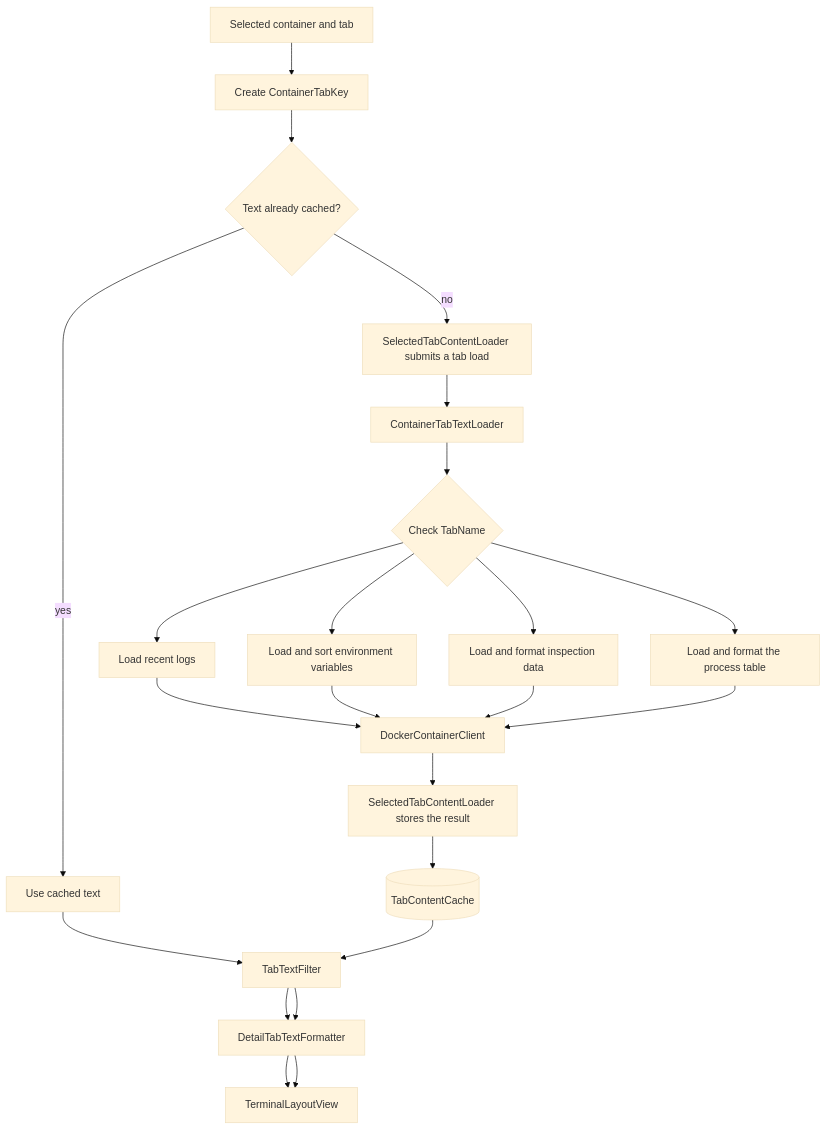
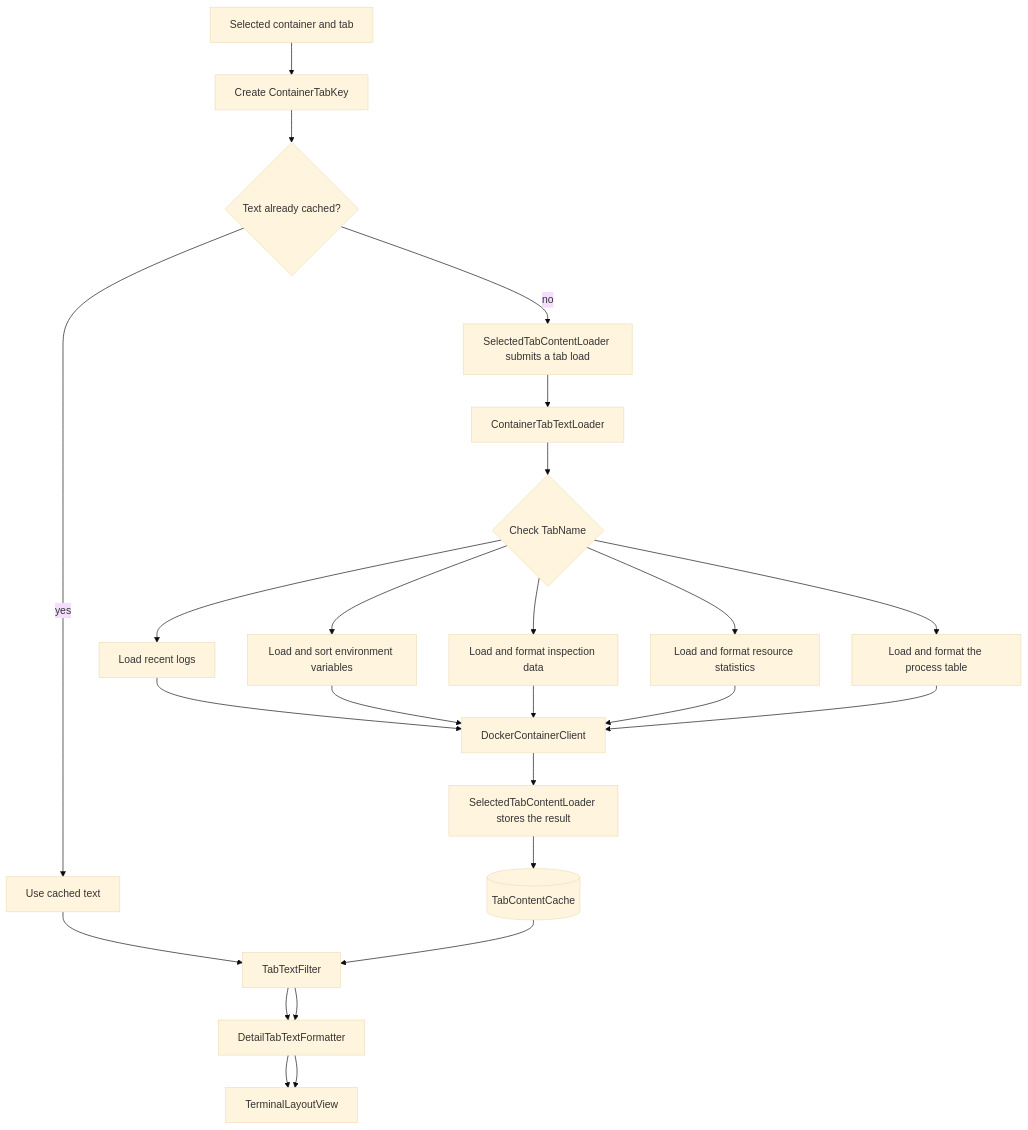
Before and after one commit to arabnejad/edm: the fifth of 5 diagrams in DEVELOPMENT_GUIDE.md, drawn with Mermaid (base theme). The commit also changed other lines of this file and 22 other files, not shown here.

Commit message:
Add container resource statistics tab (#50)

````diff
--- a/DEVELOPMENT_GUIDE.md
+++ b/DEVELOPMENT_GUIDE.md
@@ -480,29 +483,31 @@
 ```mermaid
 flowchart TD
     Selection[Selected container and tab]
     Key[Create ContainerTabKey]
     Cached{Text already cached?}
     Show[Use cached text]
     Submit[SelectedTabContentLoader submits a tab load]
     Loader[ContainerTabTextLoader]
     Choose{Check TabName}
     Logs[Load recent logs]
     Env[Load and sort environment variables]
     Config[Load and format inspection data]
+    Stats[Load and format resource statistics]
     Top[Load and format the process table]
     Client[DockerContainerClient]
     Complete[SelectedTabContentLoader stores the result]
     Cache[(TabContentCache)]
     Filter[TabTextFilter]
     Format[DetailTabTextFormatter]
     Draw[TerminalLayoutView]
 
     Selection --> Key --> Cached
     Cached -- yes --> Show --> Filter --> Format --> Draw
     Cached -- no --> Submit --> Loader --> Choose
     Choose --> Logs --> Client
     Choose --> Env --> Client
     Choose --> Config --> Client
+    Choose --> Stats --> Client
     Choose --> Top --> Client
     Client --> Complete --> Cache --> Filter --> Format --> Draw
 ```
````
